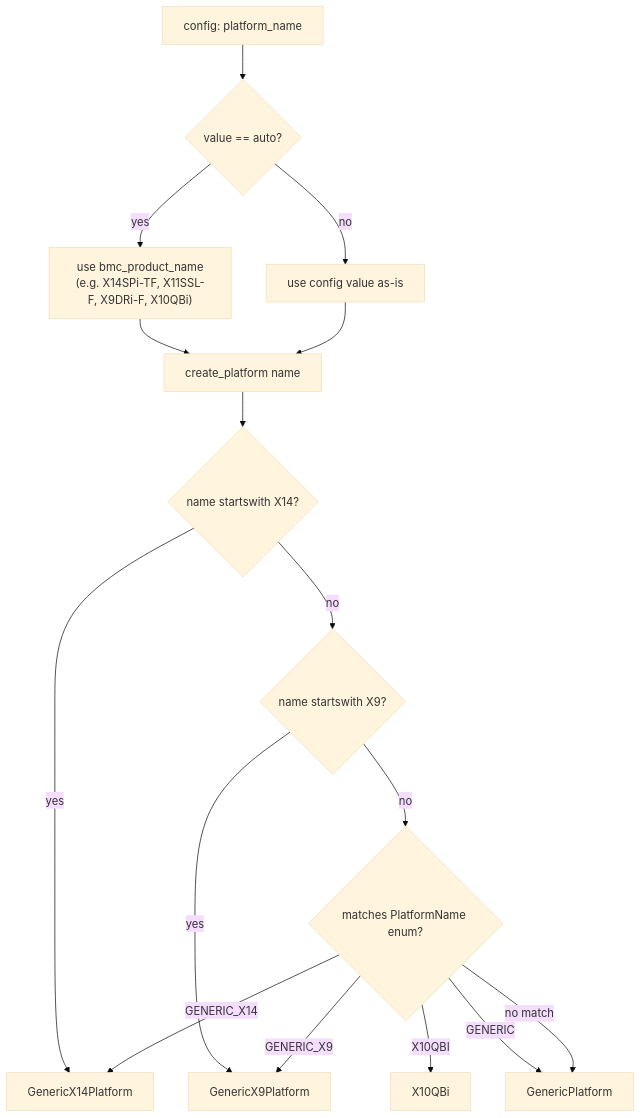
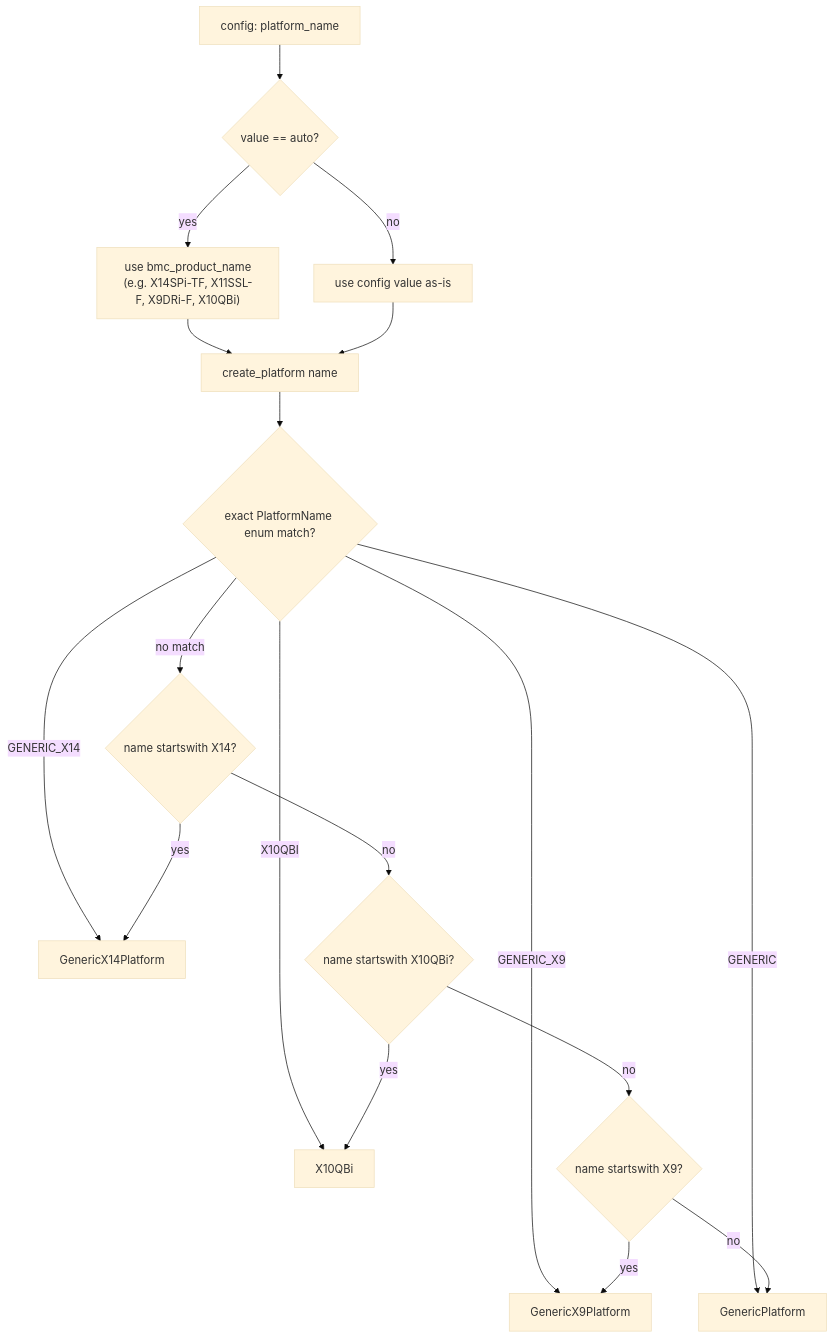
The third of 11 diagrams in ARCHITECTURE.md (petersulyok/smfc), drawn with Mermaid (base theme) before and after one commit. The commit also changed other lines of this file, not shown here.

Commit message:
Changed: correct §6.2 X10QBi auto-detection and §10.3 standalone source line in ARCHITECTURE.md

````diff
--- a/ARCHITECTURE.md
+++ b/ARCHITECTURE.md
@@ -272,18 +272,20 @@
 ```mermaid
 flowchart TD
     A[config: platform_name] --> B{value == auto?}
     B -- yes --> C["use bmc_product_name<br/>(e.g. X14SPi-TF, X11SSL-F, X9DRi-F, X10QBi)"]
     B -- no --> D[use config value as-is]
     C --> F[create_platform name]
     D --> F
-    F --> G{name startswith X14?}
-    G -- yes --> X14[GenericX14Platform]
-    G -- no --> H{name startswith X9?}
-    H -- yes --> X9[GenericX9Platform]
-    H -- no --> I{matches PlatformName enum?}
-    I -- GENERIC_X14 --> X14
-    I -- GENERIC_X9 --> X9
+    F --> I{exact PlatformName enum match?}
+    I -- GENERIC_X14 --> X14[GenericX14Platform]
+    I -- GENERIC_X9 --> X9[GenericX9Platform]
     I -- X10QBI --> XQ[X10QBi]
     I -- GENERIC --> GP[GenericPlatform]
-    I -- no match --> GP
+    I -- no match --> G{name startswith X14?}
+    G -- yes --> X14
+    G -- no --> J{name startswith X10QBi?}
+    J -- yes --> XQ
+    J -- no --> H{name startswith X9?}
+    H -- yes --> X9
+    H -- no --> GP
 ```
````
